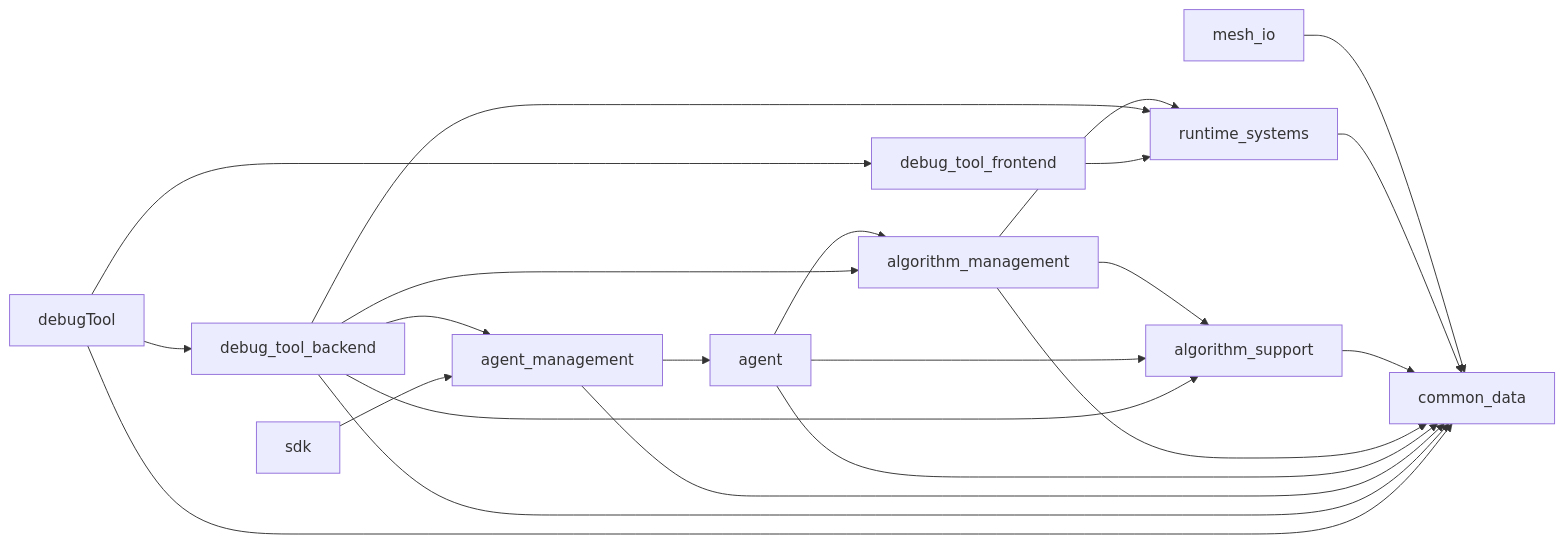
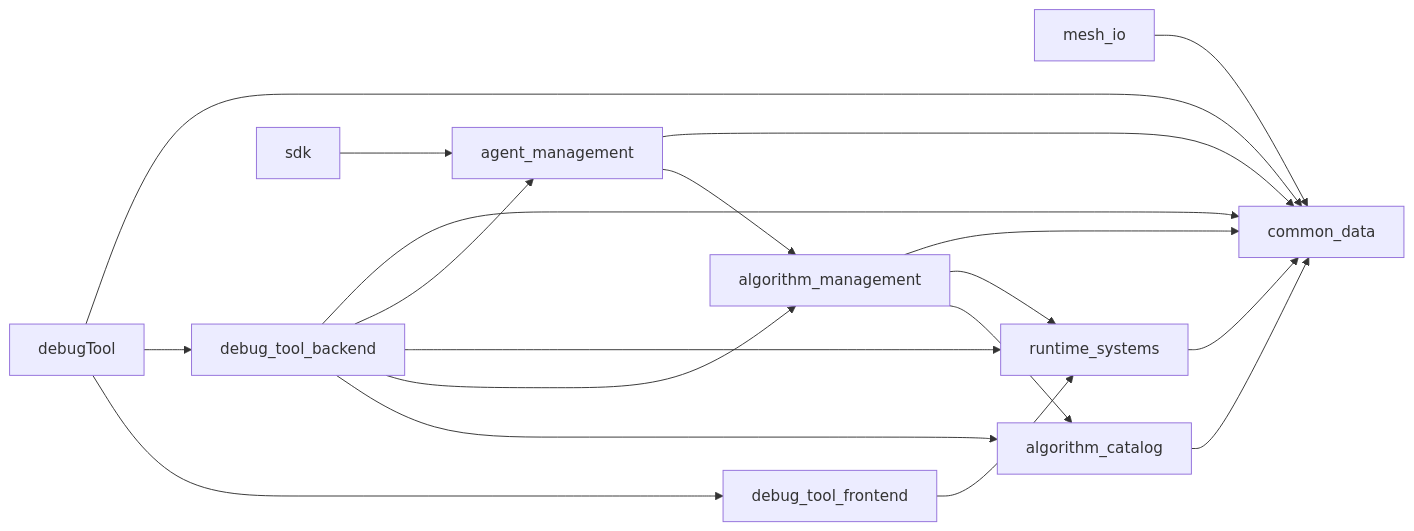
One commit to AnonKimous/AlgoForge_Studio changed the first of 2 diagrams in layerReadme.md. Above: the diagram before and after it, drawn with Mermaid. The commit also changed other lines of this file and 327 other files, not shown here.

Commit message:
profile Algorithm DevTools and put debugRunner really usable

````diff
--- a/layerReadme.md
+++ b/layerReadme.md
@@ -42,24 +49,21 @@
 ```mermaid
 graph LR
   mesh_io --> common_data
   runtime_systems --> common_data
-  algorithm_support --> common_data
+  algorithm_catalog --> common_data
   algorithm_management --> common_data
   algorithm_management --> runtime_systems
-  algorithm_management --> algorithm_support
-  agent --> common_data
-  agent --> algorithm_management
-  agent --> algorithm_support
+  algorithm_management --> algorithm_catalog
   agent_management --> common_data
-  agent_management --> agent
+  agent_management --> algorithm_management
   debug_tool_backend --> common_data
   debug_tool_backend --> agent_management
   debug_tool_backend --> runtime_systems
   debug_tool_backend --> algorithm_management
-  debug_tool_backend --> algorithm_support
+  debug_tool_backend --> algorithm_catalog
   debug_tool_frontend --> runtime_systems
   sdk --> agent_management
   debugTool --> common_data
   debugTool --> debug_tool_backend
   debugTool --> debug_tool_frontend
 ```
````
